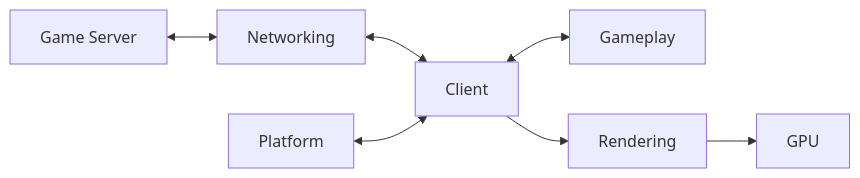
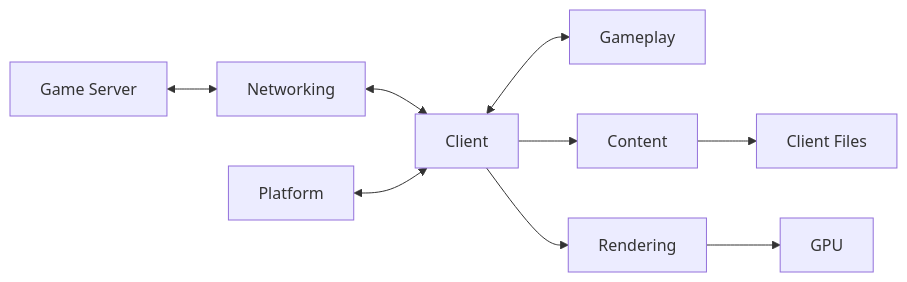
Before and after one commit to berniemackie97/OpenConquerClient: the second of 3 diagrams in docs/architecture/architecture.md, drawn with Mermaid. The commit also changed other lines of this file and 16 other files, not shown here.

````diff
--- a/docs/architecture/architecture.md
+++ b/docs/architecture/architecture.md
@@ -52,17 +52,21 @@
 ```mermaid
 flowchart LR
     Server["Game Server"]
     Networking["Networking"]
     Client["Client"]
     Platform["Platform"]
     Gameplay["Gameplay"]
+    Content["Content"]
+    Files["Client Files"]
     Rendering["Rendering"]
     GPU["GPU"]
 
     Server <--> Networking
     Networking <--> Client
     Platform <--> Client
     Client <--> Gameplay
+    Client --> Content
+    Content --> Files
     Client --> Rendering
     Rendering --> GPU
 ```
````
